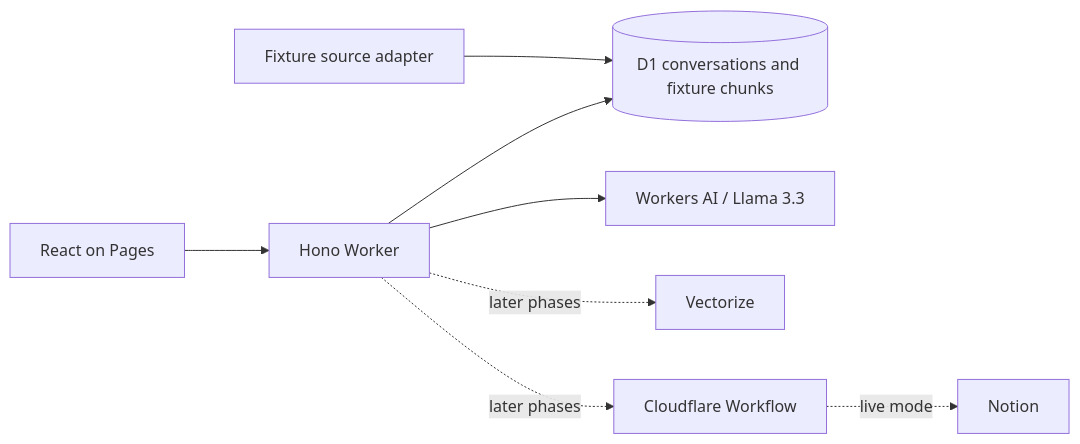
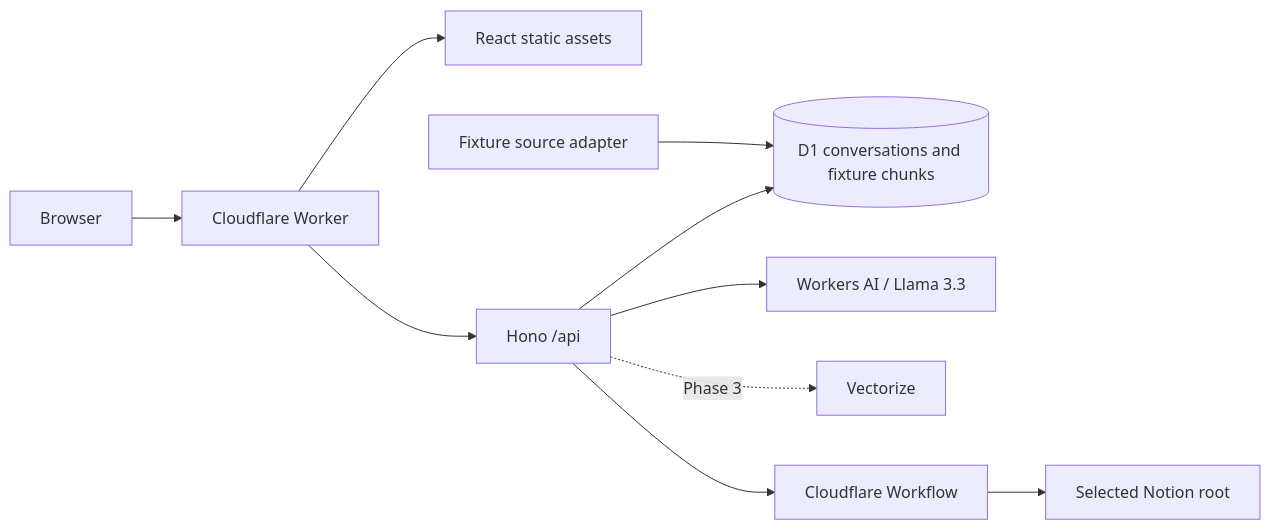
One commit to avomar/engineering-knowledge-gardner changed the diagram in README.md. Above: the diagram before and after it, drawn with Mermaid. The commit also changed other lines of this file and 34 other files, not shown here.

````diff
--- a/README.md
+++ b/README.md
@@ -9,10 +9,12 @@
 ```mermaid
 flowchart LR
-  Browser[React on Pages] --> API[Hono Worker]
+  Browser --> Worker[Cloudflare Worker]
+  Worker --> SPA[React static assets]
+  Worker --> API[Hono /api]
   API --> DB[(D1 conversations and fixture chunks)]
   Fixture[Fixture source adapter] --> DB
   API --> AI[Workers AI / Llama 3.3]
-  API -. later phases .-> Vectorize
-  API -. later phases .-> Workflow[Cloudflare Workflow]
-  Workflow -. live mode .-> Notion
+  API -. Phase 3 .-> Vectorize
+  API --> Workflow[Cloudflare Workflow]
+  Workflow --> Notion[Selected Notion root]
 ```
````
